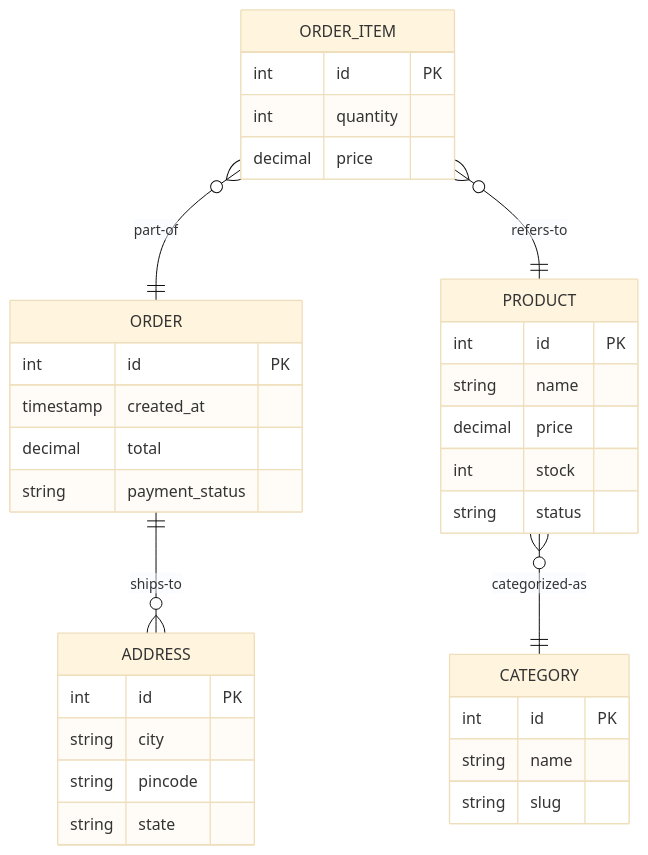
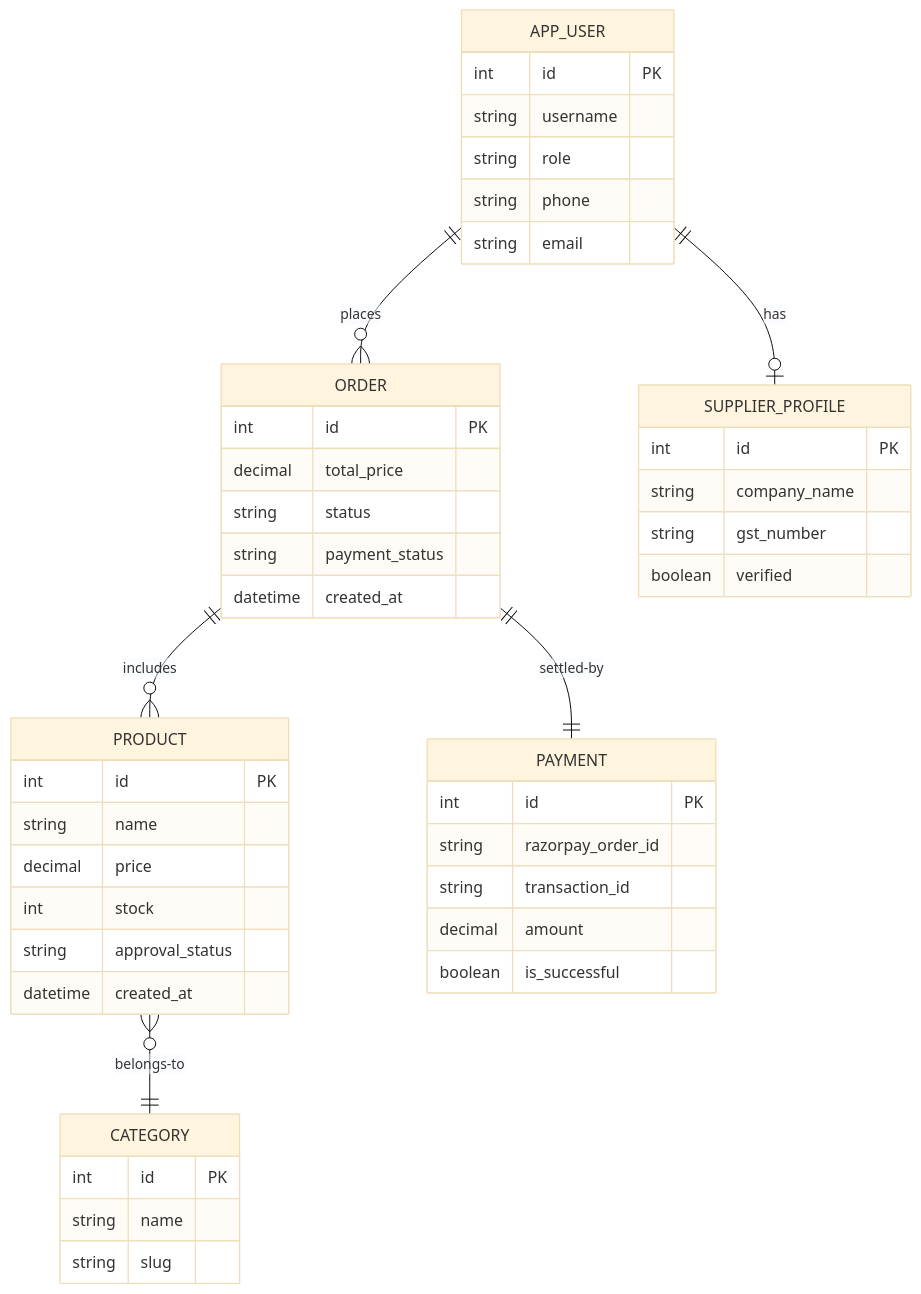
One commit to Vaish-251105/smart-ecommerce changed the fifth of 5 diagrams in DATABASE_AND_DFD_DESIGN.md. Above: the diagram before and after it, drawn with Mermaid (base theme). The commit also changed other lines of this file and 1 other file, not shown here.

````diff
--- a/DATABASE_AND_DFD_DESIGN.md
+++ b/DATABASE_AND_DFD_DESIGN.md
@@ -164,37 +185,49 @@
 ```mermaid
 erDiagram
     PRODUCT {
         int id PK
         string name
         decimal price
         int stock
+        string approval_status
+        datetime created_at
+    }
+    APP_USER {
+        int id PK
+        string username
+        string role
+        string phone
+        string email
+    }
+    ORDER {
+        int id PK
+        decimal total_price
         string status
+        string payment_status
+        datetime created_at
+    }
+    SUPPLIER_PROFILE {
+        int id PK
+        string company_name
+        string gst_number
+        boolean verified
+    }
+    PAYMENT {
+        int id PK
+        string razorpay_order_id
+        string transaction_id
+        decimal amount
+        boolean is_successful
     }
     CATEGORY {
         int id PK
         string name
         string slug
     }
-    ORDER {
-        int id PK
-        timestamp created_at
-        decimal total
-        string payment_status
-    }
-    ORDER_ITEM {
-        int id PK
-        int quantity
-        decimal price
-    }
-    ADDRESS {
-        int id PK
-        string city
-        string pincode
-        string state
-    }
 
-    PRODUCT }o--|| CATEGORY : "categorized-as"
-    ORDER_ITEM }o--|| ORDER : "part-of"
-    ORDER_ITEM }o--|| PRODUCT : "refers-to"
-    ORDER ||--o{ ADDRESS : "ships-to"
+    APP_USER ||--o| SUPPLIER_PROFILE : "has"
+    APP_USER ||--o{ ORDER : "places"
+    PRODUCT }o--|| CATEGORY : "belongs-to"
+    ORDER ||--|| PAYMENT : "settled-by"
+    ORDER ||--o{ PRODUCT : "includes"
 ```
````
